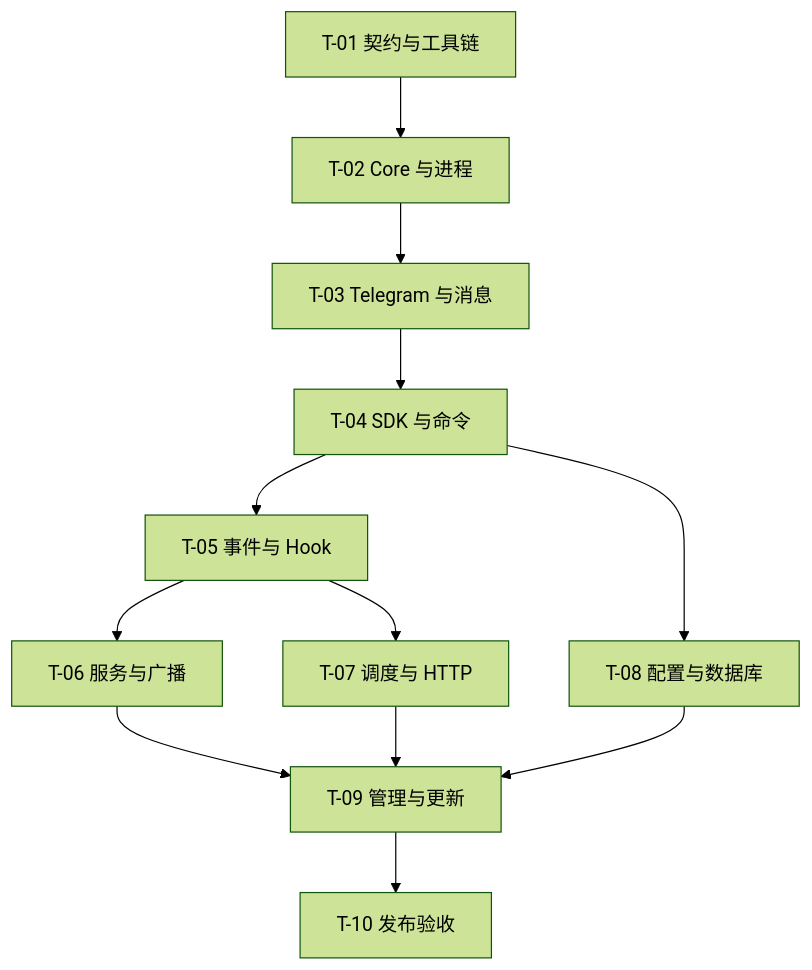
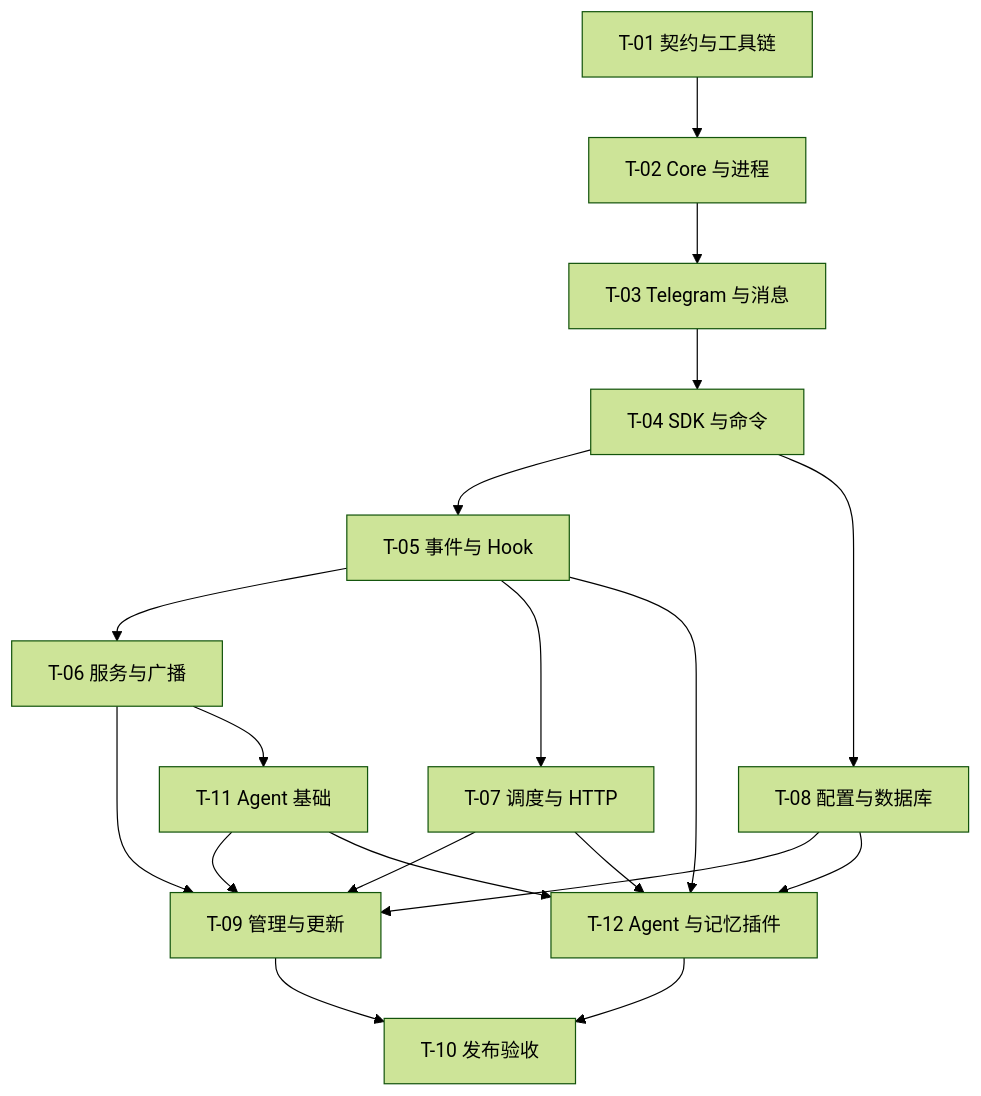
The diagram in spec/PLAN.md (AlonaBot/AlonaBot), drawn with Mermaid (forest theme) before and after one commit. The commit also changed other lines of this file and 12 other files, not shown here.

````diff
--- a/spec/PLAN.md
+++ b/spec/PLAN.md
@@ -60,14 +61,21 @@
 ```mermaid
 flowchart TD
   T01["T-01 契约与工具链"] --> T02["T-02 Core 与进程"]
   T02 --> T03["T-03 Telegram 与消息"]
   T03 --> T04["T-04 SDK 与命令"]
   T04 --> T05["T-05 事件与 Hook"]
   T04 --> T08["T-08 配置与数据库"]
   T05 --> T06["T-06 服务与广播"]
   T05 --> T07["T-07 调度与 HTTP"]
   T06 --> T09["T-09 管理与更新"]
   T07 --> T09
   T08 --> T09
+  T06 --> T11["T-11 Agent 基础"]
+  T11 --> T09
+  T11 --> T12["T-12 Agent 与记忆插件"]
+  T05 --> T12
+  T07 --> T12
+  T08 --> T12
   T09 --> T10["T-10 发布验收"]
+  T12 --> T10
 ```
````
